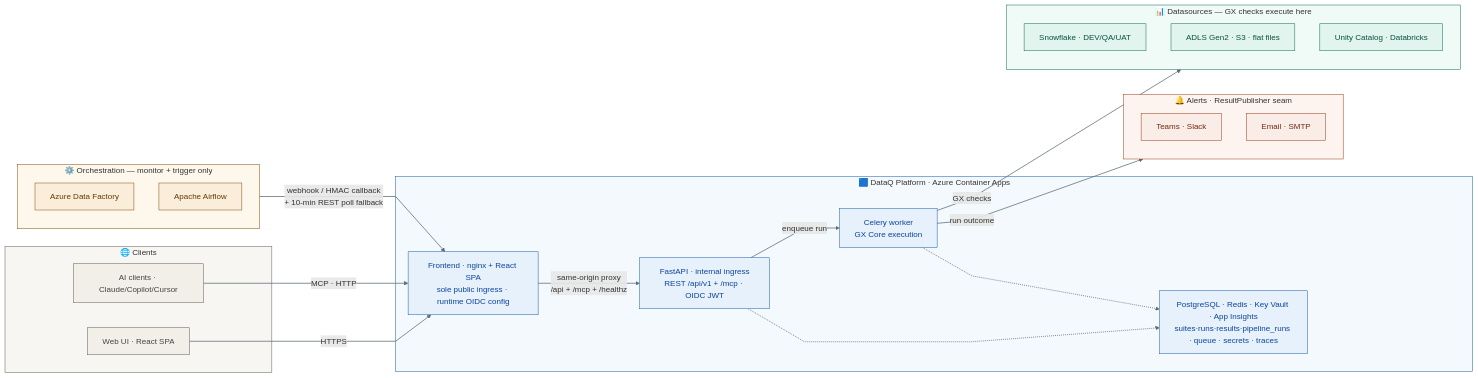
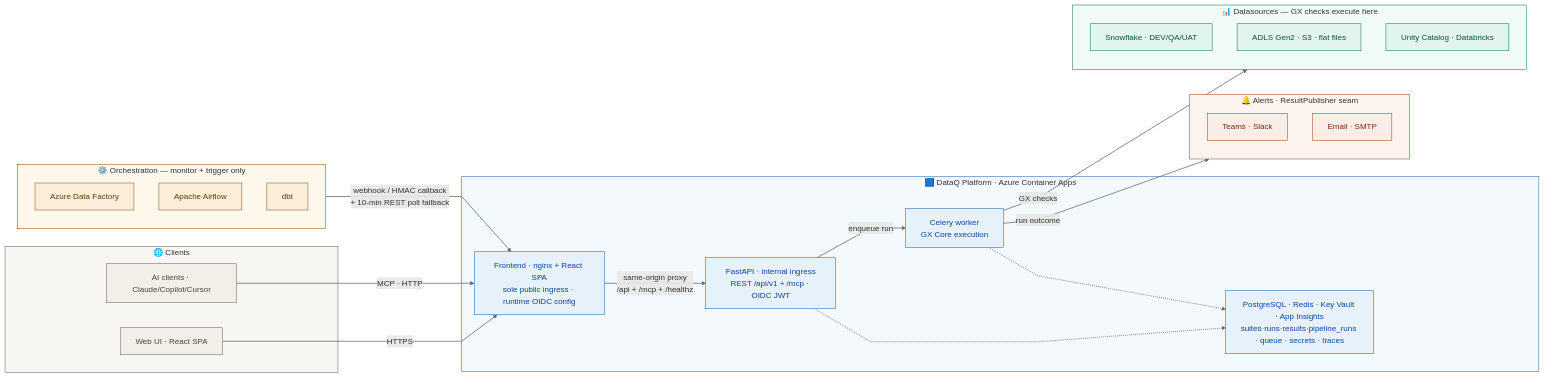
One commit to TheurgicDuke771/DataQ changed the first of 7 diagrams in docs/architecture.md. Above: the diagram before and after it, drawn with Mermaid. The commit also changed other lines of this file and 5 other files, not shown here.

````diff
--- a/docs/architecture.md
+++ b/docs/architecture.md
@@ -7,54 +7,55 @@
 ```mermaid
 %%{init: {'flowchart': {'curve': 'linear'}}}%%
 flowchart LR
     subgraph orch["⚙️ Orchestration — monitor + trigger only"]
         ADF["Azure Data Factory"]
         AF["Apache Airflow"]
+        DBT["dbt"]
     end
     subgraph clients["🌐 Clients"]
         AICli["AI clients · Claude/Copilot/Cursor"]
         Web["Web UI · React SPA"]
     end
     subgraph platform["🟦 DataQ Platform · Azure Container Apps"]
         Frontend["Frontend · nginx + React SPA<br/>sole public ingress · runtime OIDC config"]
         API["FastAPI · internal ingress<br/>REST /api/v1 + /mcp · OIDC JWT"]
         Worker["Celery worker<br/>GX Core execution"]
         Infra["PostgreSQL · Redis · Key Vault · App Insights<br/>suites·runs·results·pipeline_runs · queue · secrets · traces"]
     end
     subgraph alerts["🔔 Alerts · ResultPublisher seam"]
         Teams["Teams · Slack"]
         Email["Email · SMTP"]
     end
     subgraph ds["📊 Datasources — GX checks execute here"]
         SF["Snowflake · DEV/QA/UAT"]
         Files["ADLS Gen2 · S3 · flat files"]
         UC["Unity Catalog · Databricks"]
     end
 
     Web -->|HTTPS| Frontend
     AICli -->|MCP · HTTP| Frontend
     orch -->|"webhook / HMAC callback<br/>+ 10-min REST poll fallback"| Frontend
     Frontend -->|"same-origin proxy<br/>/api + /mcp + /healthz"| API
     API -->|enqueue run| Worker
     API -.-> Infra
     Worker -.-> Infra
     Worker -->|run outcome| alerts
     Worker -->|GX checks| ds
 
     classDef hub fill:#E6F1FB,stroke:#185FA5,color:#0C449C
     classDef src fill:#E1F5EE,stroke:#0F6E56,color:#085041
     classDef integ fill:#FAEEDA,stroke:#854F0B,color:#633806
     classDef notify fill:#FAECE7,stroke:#993C1D,color:#712B13
     classDef client fill:#F1EFE8,stroke:#5F5E5A,color:#444441
     class API,Worker,Infra,Frontend hub
     class SF,Files,UC src
-    class ADF,AF integ
+    class ADF,AF,DBT integ
     class Teams,Email notify
     class Web,AICli client
     style platform fill:#F4F9FE,stroke:#185FA5
     style ds fill:#F0FBF7,stroke:#0F6E56
     style orch fill:#FDF7EC,stroke:#854F0B
     style alerts fill:#FDF3EF,stroke:#993C1D
     style clients fill:#F7F6F2,stroke:#5F5E5A
     linkStyle default stroke:#5B6B7B,stroke-width:1.5px
 ```
````
